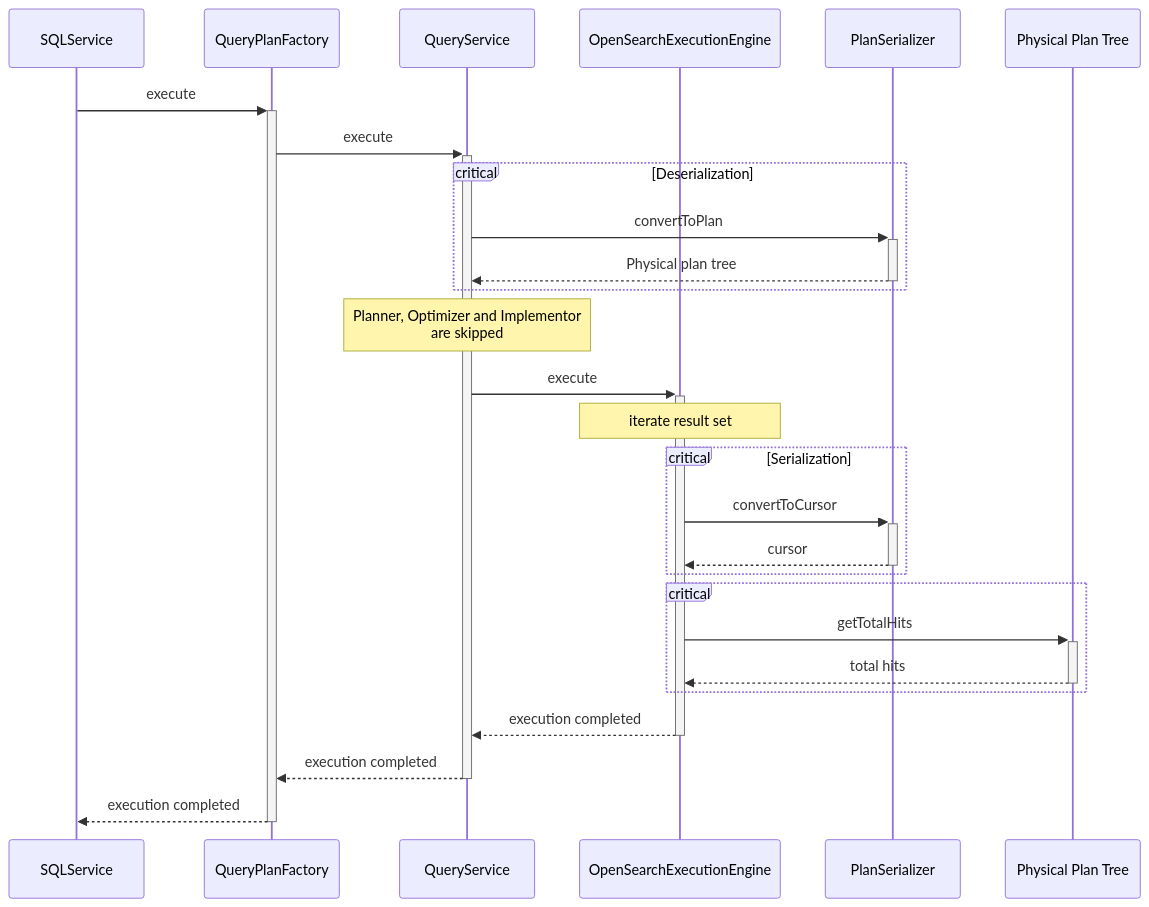
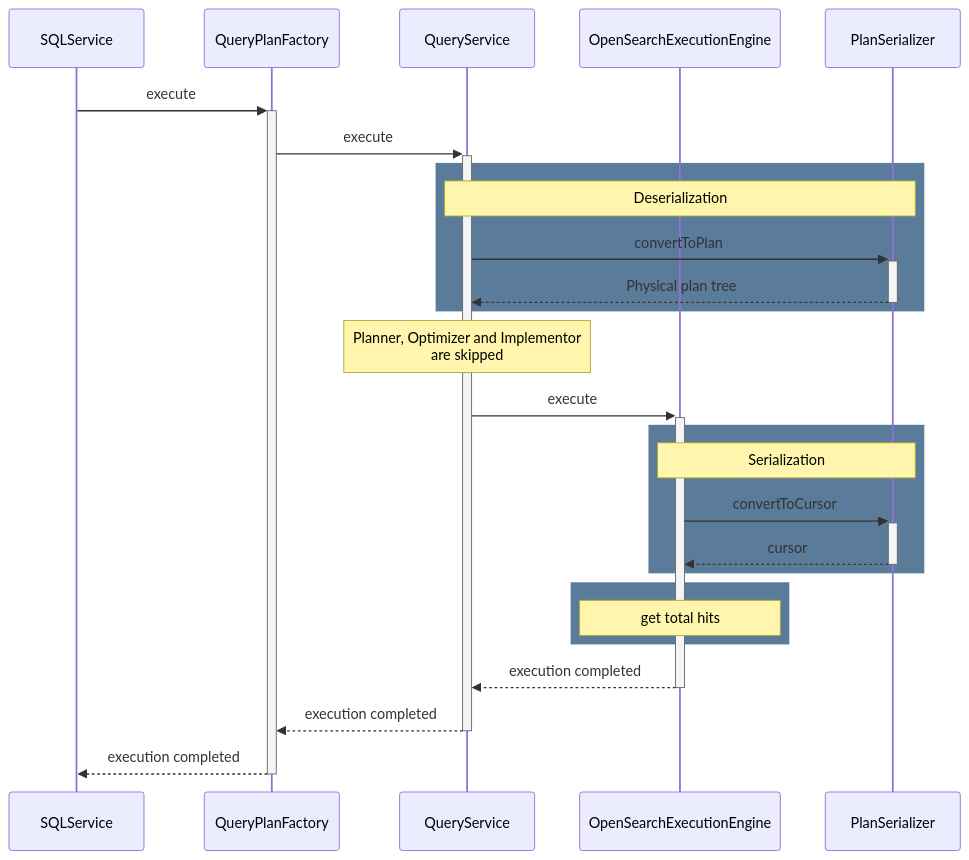
Diagram 17 of 22 in docs/dev/Pagination-v2.md (opensearch-project/sql), drawn with Mermaid before and after one commit. The commit also changed other lines of this file and 3 other files, not shown here.

````diff
--- a/docs/dev/Pagination-v2.md
+++ b/docs/dev/Pagination-v2.md
@@ -147,30 +537,29 @@
 ```mermaid
 sequenceDiagram
     participant SQLService
     participant QueryPlanFactory
     participant QueryService
     participant OpenSearchExecutionEngine
     participant PlanSerializer
-    participant Physical Plan Tree
 
-SQLService->>+QueryPlanFactory: execute
-  QueryPlanFactory->>+QueryService: execute
-    critical Deserialization
-    QueryService->>+PlanSerializer: convertToPlan
-      PlanSerializer-->>-QueryService: Physical plan tree
+SQLService ->>+ QueryPlanFactory : execute
+  QueryPlanFactory ->>+ QueryService : execute
+    rect rgb(91, 123, 155)
+    note over QueryService, PlanSerializer : Deserialization
+    QueryService ->>+ PlanSerializer: convertToPlan
+      PlanSerializer -->>- QueryService: Physical plan tree
     end
-    Note over QueryService: Planner, Optimizer and Implementor<br />are skipped
-    QueryService->>+OpenSearchExecutionEngine: execute
-      Note over OpenSearchExecutionEngine: iterate result set
-      critical Serialization
-      OpenSearchExecutionEngine->>+PlanSerializer: convertToCursor
-        PlanSerializer-->>-OpenSearchExecutionEngine: cursor
+    Note over QueryService : Planner, Optimizer and Implementor<br />are skipped
+    QueryService ->>+ OpenSearchExecutionEngine : execute
+      rect rgb(91, 123, 155)
+      note over OpenSearchExecutionEngine, PlanSerializer : Serialization
+      OpenSearchExecutionEngine ->>+ PlanSerializer : convertToCursor
+        PlanSerializer -->>- OpenSearchExecutionEngine : cursor
       end
-      critical
-      OpenSearchExecutionEngine->>+Physical Plan Tree: getTotalHits
-        Physical Plan Tree-->>-OpenSearchExecutionEngine: total hits
+      rect rgb(91, 123, 155)
+      Note over OpenSearchExecutionEngine : get total hits
       end
-      OpenSearchExecutionEngine-->>-QueryService: execution completed
-    QueryService-->>-QueryPlanFactory: execution completed
-  QueryPlanFactory-->>-SQLService: execution completed
+      OpenSearchExecutionEngine -->>- QueryService: execution completed
+    QueryService -->>- QueryPlanFactory : execution completed
+  QueryPlanFactory -->>- SQLService : execution completed
 ```
````
